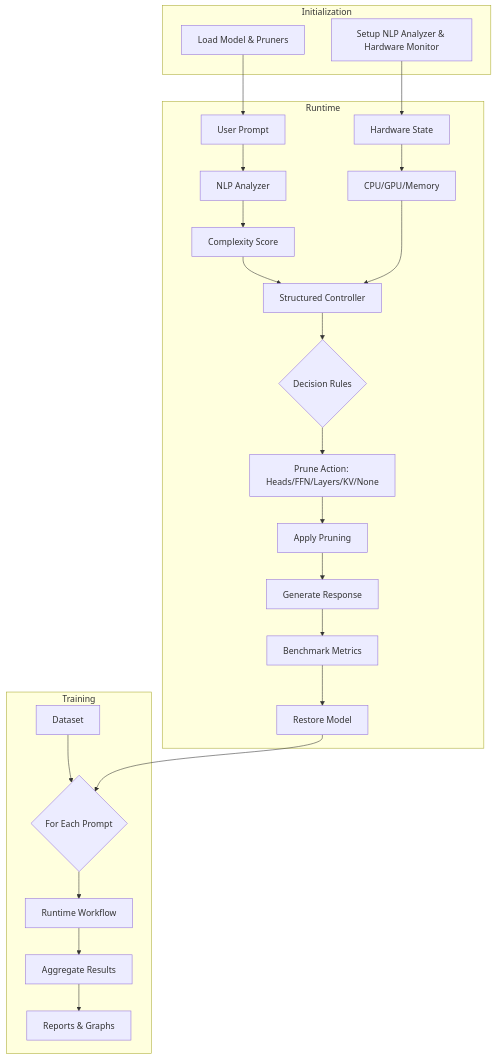
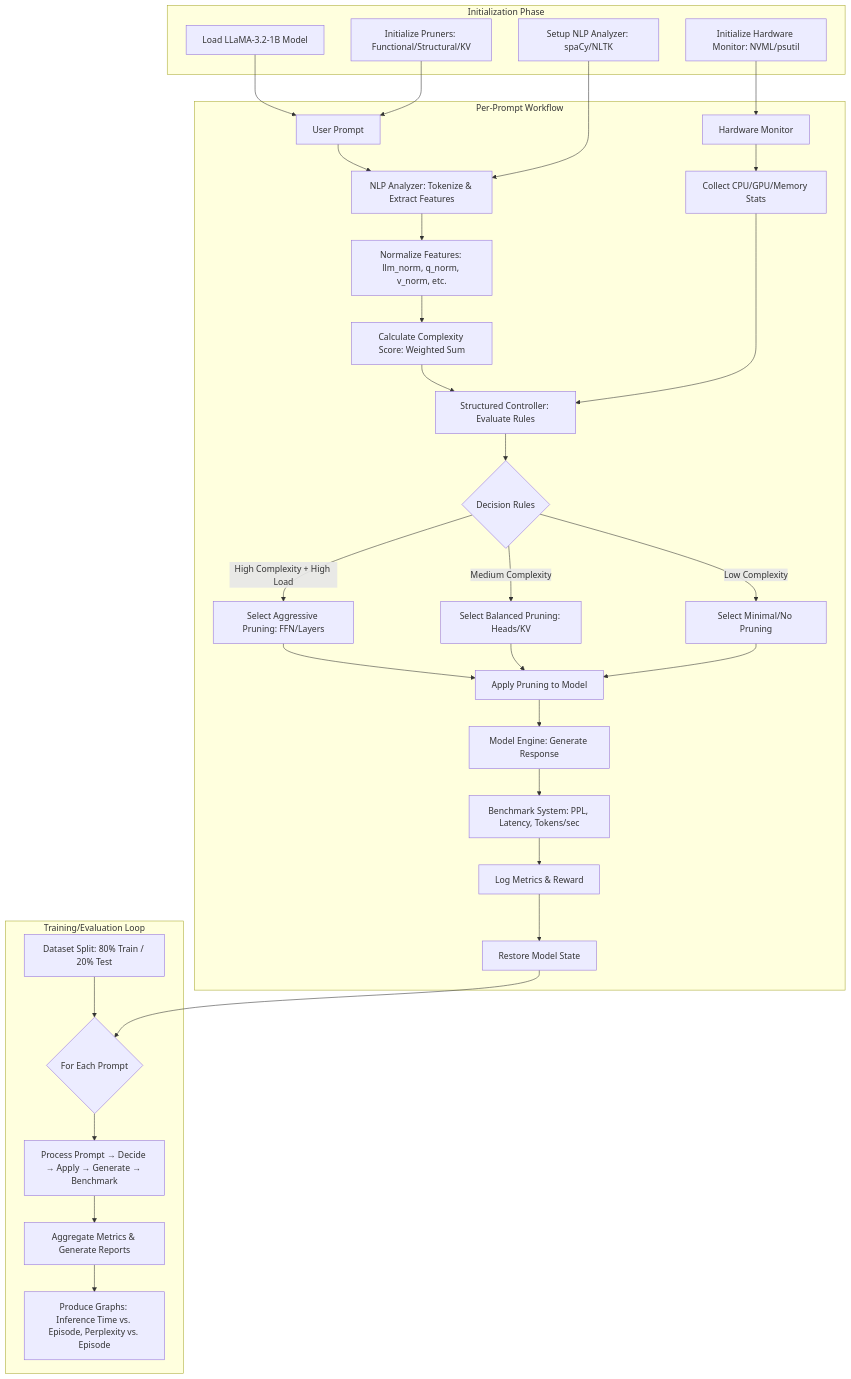
The first of 3 diagrams in README.md (asief-iqbal/Thesis), drawn with Mermaid before and after one commit. The commit also changed other lines of this file, not shown here.

Commit message:
Rename project and enhance system architecture details
Updated README to reflect new project name and expanded system architecture diagram.

````diff
--- a/README.md
+++ b/README.md
@@ -166,32 +165,42 @@
 ```mermaid
-flowchart TD
-    subgraph Initialization
-        A1[Load Model & Pruners]
-        B1[Setup NLP Analyzer & Hardware Monitor]
+graph TD
+    subgraph "Initialization Phase"
+        A1[Load LLaMA-3.2-1B Model]
+        B1[Initialize Pruners: Functional/Structural/KV]
+        C1[Setup NLP Analyzer: spaCy/NLTK]
+        D1[Initialize Hardware Monitor: NVML/psutil]
     end
 
-    subgraph Runtime
-        A[User Prompt] --> B[NLP Analyzer]
-        B --> C[Complexity Score]
-        D[Hardware State] --> E[CPU/GPU/Memory]
-        C --> F[Structured Controller]
-        E --> F
-        F --> G{Decision Rules}
-        G --> H[Prune Action: Heads/FFN/Layers/KV/None]
-        H --> I[Apply Pruning]
-        I --> J[Generate Response]
-        J --> K[Benchmark Metrics]
-        K --> L[Restore Model]
+    subgraph "Per-Prompt Workflow"
+        A[User Prompt] --> B[NLP Analyzer: Tokenize & Extract Features]
+        B --> C[Normalize Features: llm_norm, q_norm, v_norm, etc.]
+        C --> D[Calculate Complexity Score: Weighted Sum]
+        E[Hardware Monitor] --> F[Collect CPU/GPU/Memory Stats]
+        D --> G[Structured Controller: Evaluate Rules]
+        F --> G
+        G --> H{Decision Rules}
+        H -->|High Complexity + High Load| I[Select Aggressive Pruning: FFN/Layers]
+        H -->|Medium Complexity| J[Select Balanced Pruning: Heads/KV]
+        H -->|Low Complexity| K[Select Minimal/No Pruning]
+        I --> L[Apply Pruning to Model]
+        J --> L
+        K --> L
+        L --> M[Model Engine: Generate Response]
+        M --> N[Benchmark System: PPL, Latency, Tokens/sec]
+        N --> O[Log Metrics & Reward]
+        O --> P[Restore Model State]
     end
 
-    subgraph Training
-        M[Dataset] --> N{For Each Prompt}
-        N --> O[Runtime Workflow]
-        O --> P[Aggregate Results]
-        P --> Q[Reports & Graphs]
+    subgraph "Training/Evaluation Loop"
+        Q[Dataset Split: 80% Train / 20% Test] --> R{For Each Prompt}
+        R --> S[Process Prompt → Decide → Apply → Generate → Benchmark]
+        S --> T[Aggregate Metrics & Generate Reports]
+        T --> U[Produce Graphs: Inference Time vs. Episode, Perplexity vs. Episode]
     end
 
     A1 --> A
-    B1 --> D
-    L --> N
+    B1 --> A
+    C1 --> B
+    D1 --> E
+    P --> R
 ```
````
